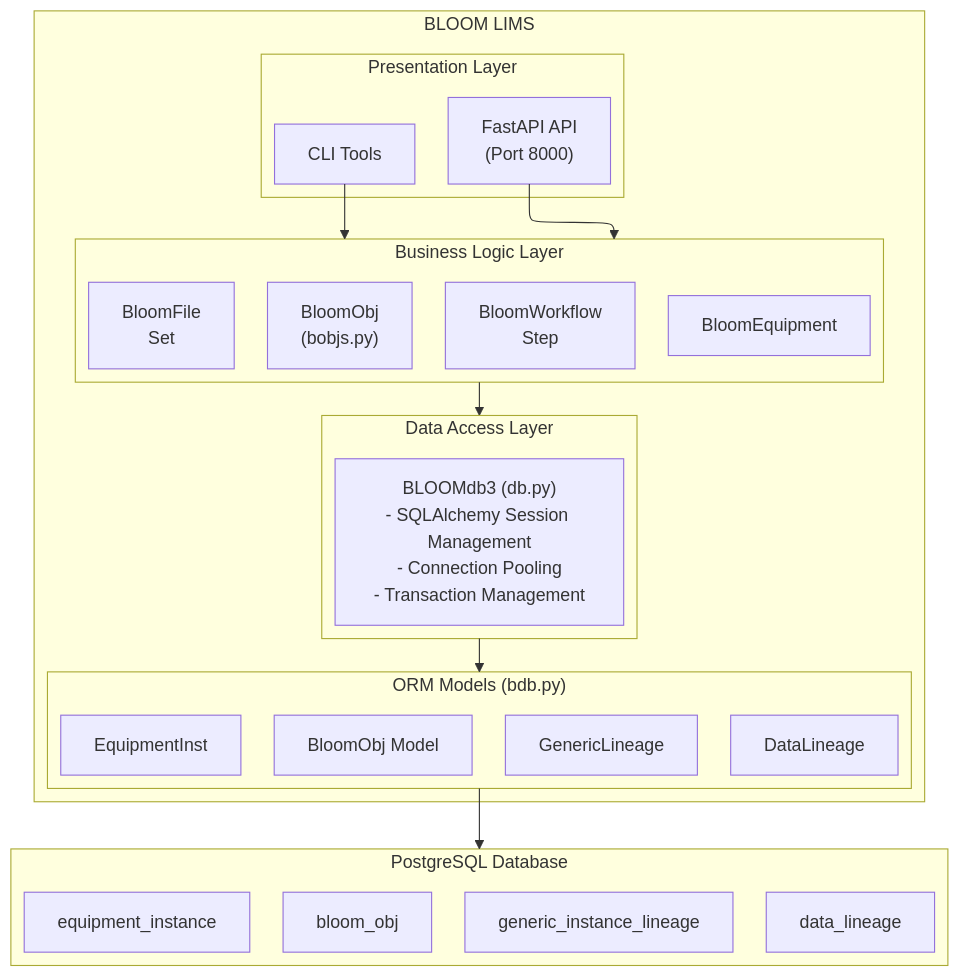
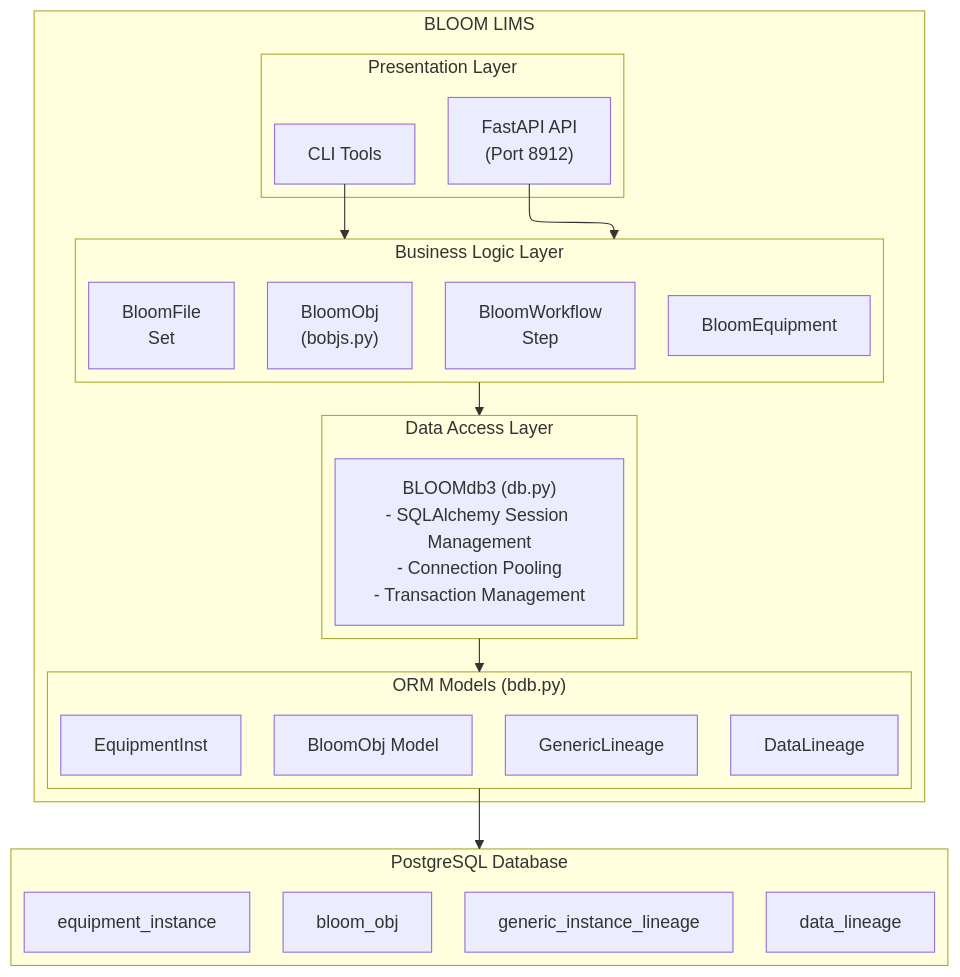
The diagram in R.mmd (Daylily-Informatics/bloom), drawn with Mermaid before and after one commit. The commit also changed 24 other files, not shown here.

```diff
--- a/R.mmd
+++ b/R.mmd
@@ -1,41 +1,41 @@
 %%{init: {
   "flowchart": {"defaultRenderer": "elk"}
 }}%%
 flowchart TB
     subgraph BLOOM["BLOOM LIMS"]
         subgraph Presentation["Presentation Layer"]
-            FastAPI["FastAPI API<br/>(Port 8000)"]
+            FastAPI["FastAPI API<br/>(Port 8912)"]
             CLI["CLI Tools"]
         end
 
         subgraph Business["Business Logic Layer"]
             BloomObj["BloomObj<br/>(bobjs.py)"]
             BloomWF["BloomWorkflow<br/>Step"]
             BloomFile["BloomFile<br/>Set"]
             BloomEquip["BloomEquipment"]
         end
 
         subgraph DataAccess["Data Access Layer"]
             BLOOMdb3["BLOOMdb3 (db.py)<br/>- SQLAlchemy Session Management<br/>- Connection Pooling<br/>- Transaction Management"]
         end
 
         subgraph ORM["ORM Models (bdb.py)"]
             BloomObjModel["BloomObj Model"]
             GenericLineage["GenericLineage"]
             EquipmentInst["EquipmentInst"]
             DataLineage["DataLineage"]
         end
     end
 
     subgraph DB["PostgreSQL Database"]
         bloom_obj["bloom_obj"]
         generic_lineage["generic_instance_lineage"]
         equipment["equipment_instance"]
         data_lineage["data_lineage"]
     end
 
     FastAPI --> Business
     CLI --> Business
     Business --> DataAccess
     DataAccess --> ORM
     ORM --> DB
```
